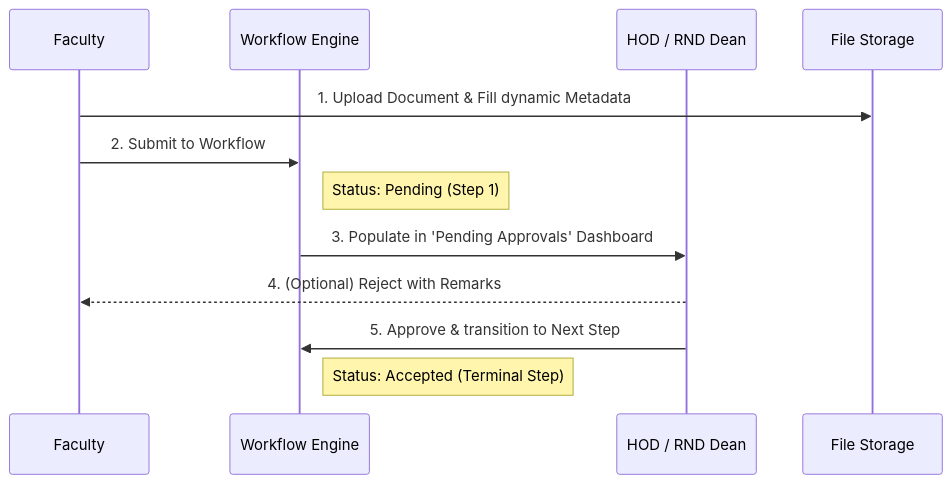
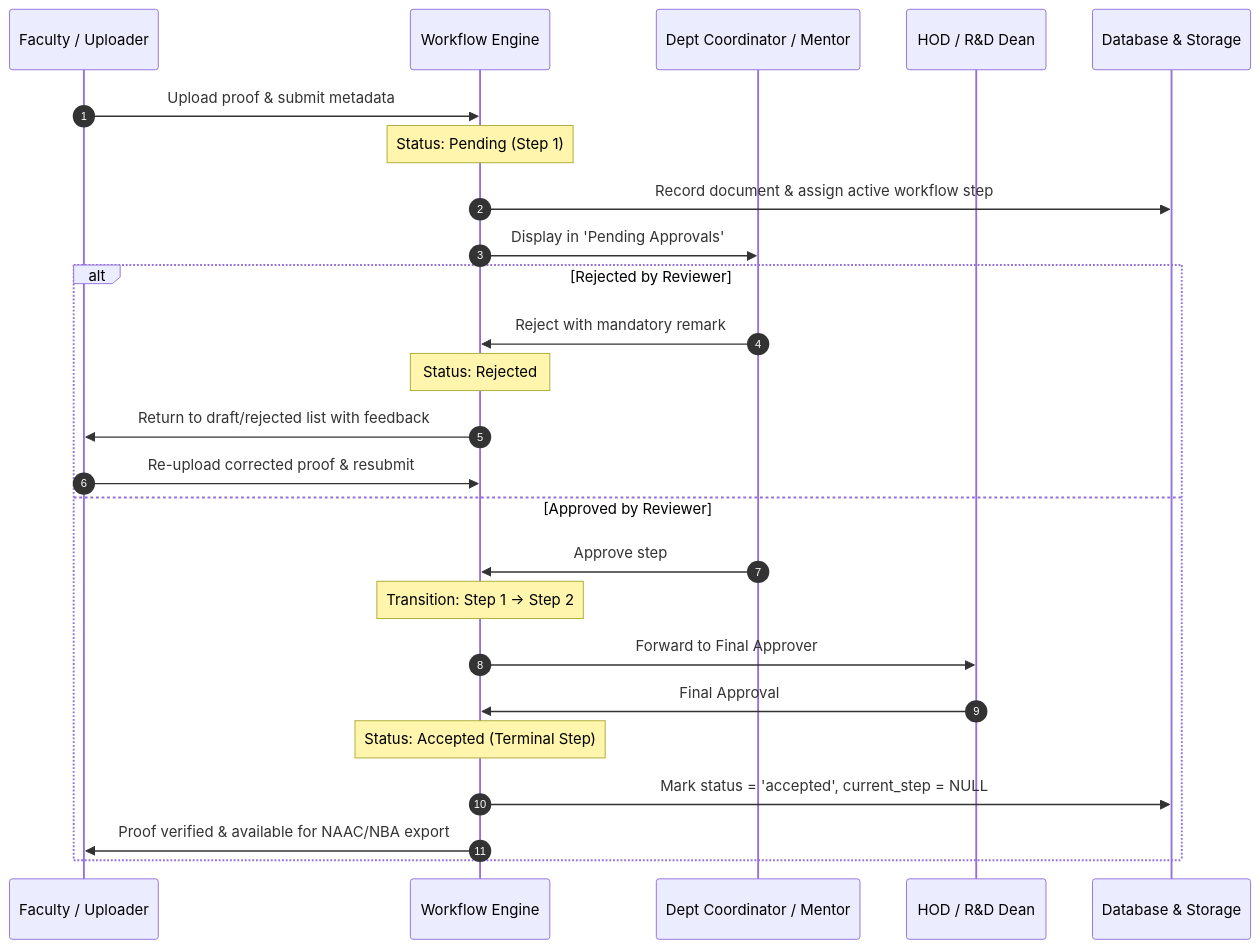
Before and after one commit to Karanam-Gowtham/FMS: the second of 2 diagrams in README.md, drawn with Mermaid. The commit also changed other lines of this file and 3 other files, not shown here.

````diff
--- a/README.md
+++ b/README.md
@@ -55,16 +96,28 @@
 ```mermaid
 sequenceDiagram
-    participant Faculty
+    autonumber
+    participant Faculty as Faculty / Uploader
     participant Engine as Workflow Engine
-    participant Reviewer as HOD / RND Dean
-    participant Storage as File Storage
+    participant Coordinator as Dept Coordinator / Mentor
+    participant HOD as HOD / R&D Dean
+    participant Storage as Database & Storage
 
-    Faculty->>Storage: 1. Upload Document & Fill dynamic Metadata
-    Faculty->>Engine: 2. Submit to Workflow
-    Note right of Engine: Status: Pending (Step 1)
-
-    Engine->>Reviewer: 3. Populate in 'Pending Approvals' Dashboard
-    Reviewer-->>Faculty: 4. (Optional) Reject with Remarks
-    Reviewer->>Engine: 5. Approve & transition to Next Step
-    Note right of Engine: Status: Accepted (Terminal Step)
+    Faculty->>Engine: Upload proof & submit metadata
+    Note over Engine: Status: Pending (Step 1)
+    Engine->>Storage: Record document & assign active workflow step
+    Engine->>Coordinator: Display in 'Pending Approvals'
+    alt Rejected by Reviewer
+        Coordinator->>Engine: Reject with mandatory remark
+        Note over Engine: Status: Rejected
+        Engine->>Faculty: Return to draft/rejected list with feedback
+        Faculty->>Engine: Re-upload corrected proof & resubmit
+    else Approved by Reviewer
+        Coordinator->>Engine: Approve step
+        Note over Engine: Transition: Step 1 -> Step 2
+        Engine->>HOD: Forward to Final Approver
+        HOD->>Engine: Final Approval
+        Note over Engine: Status: Accepted (Terminal Step)
+        Engine->>Storage: Mark status = 'accepted', current_step = NULL
+        Engine->>Faculty: Proof verified & available for NAAC/NBA export
+    end
 ```
````
